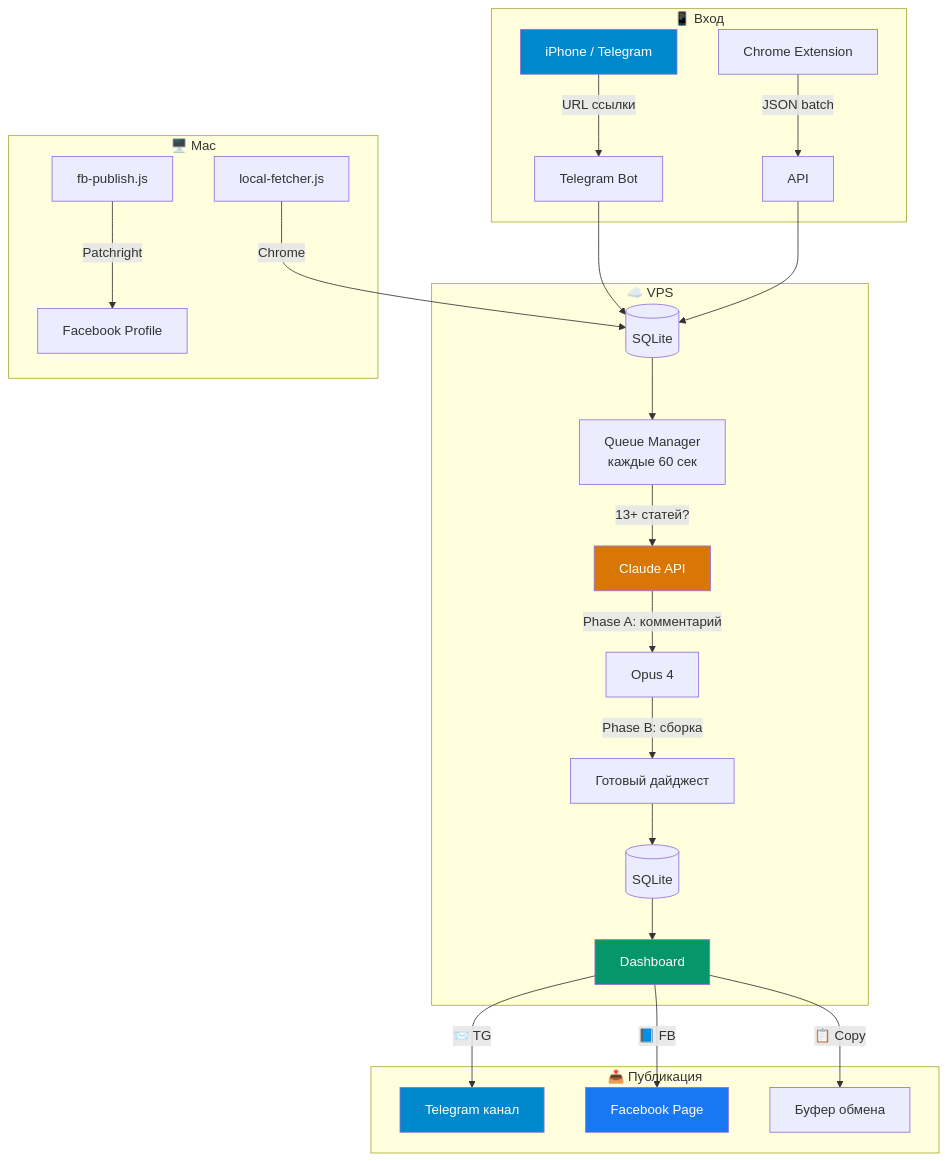
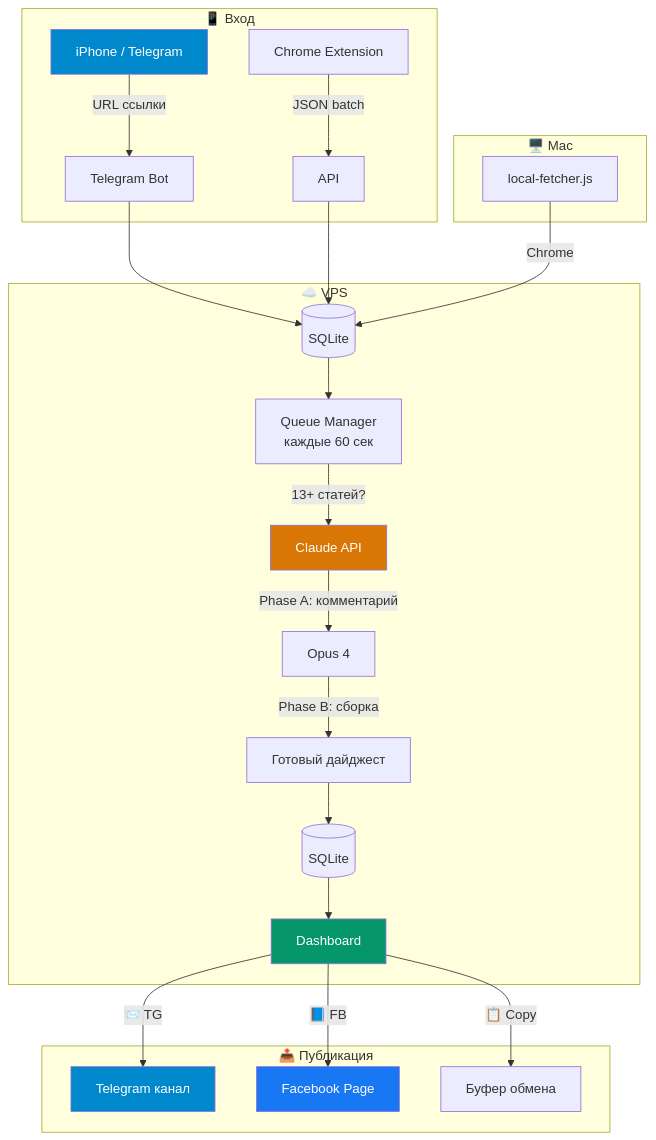
One commit to theghostbrief/news changed the first of 4 diagrams in README.md. Above: the diagram before and after it, drawn with Mermaid. The commit also changed other lines of this file and 49 other files, not shown here.

````diff
--- a/README.md
+++ b/README.md
@@ -56,36 +55,35 @@
 ```mermaid
 graph TB
     subgraph "📱 Вход"
         A[iPhone / Telegram] -->|URL ссылки| B[Telegram Bot]
         A2[Chrome Extension] -->|JSON batch| C[API]
     end
 
     subgraph "☁️ VPS"
         B --> D[(SQLite)]
         C --> D
         E[Queue Manager<br/>каждые 60 сек] -->|13+ статей?| F[Claude API]
         D --> E
 
         F -->|Phase A: комментарий| G[Opus 4]
         G -->|Phase B: сборка| H[Готовый дайджест]
         H --> I[(SQLite)]
         I --> J[Dashboard]
     end
 
     subgraph "📤 Публикация"
         J -->|📨 TG| O[Telegram канал]
         J -->|📘 FB| P[Facebook Page]
         J -->|📋 Copy| Q[Буфер обмена]
     end
 
     subgraph "🖥️ Mac"
         L[local-fetcher.js] -->|Chrome| D
-        M[fb-publish.js] -->|Patchright| N[Facebook Profile]
     end
 
     style A fill:#0088cc,color:#fff
     style F fill:#d97706,color:#fff
     style J fill:#059669,color:#fff
     style O fill:#0088cc,color:#fff
     style P fill:#1877f2,color:#fff
 ```
````
